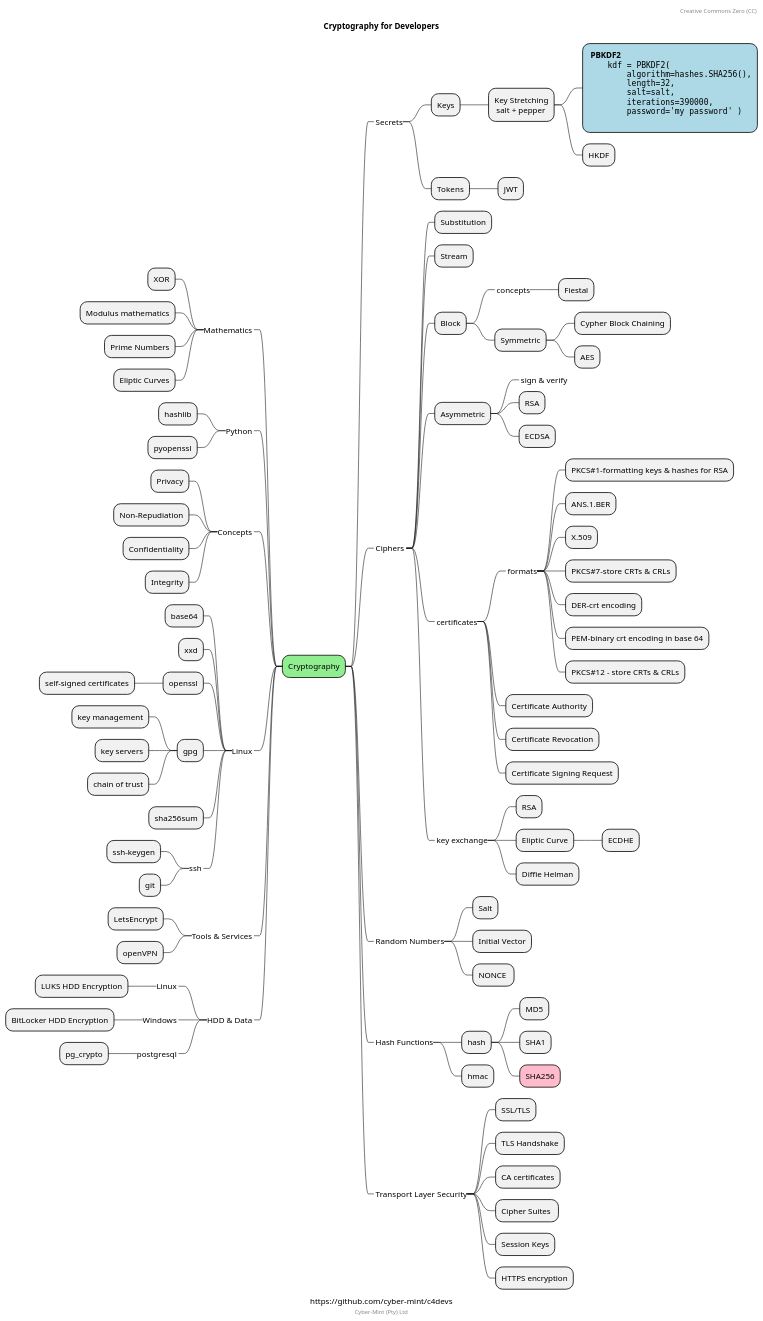
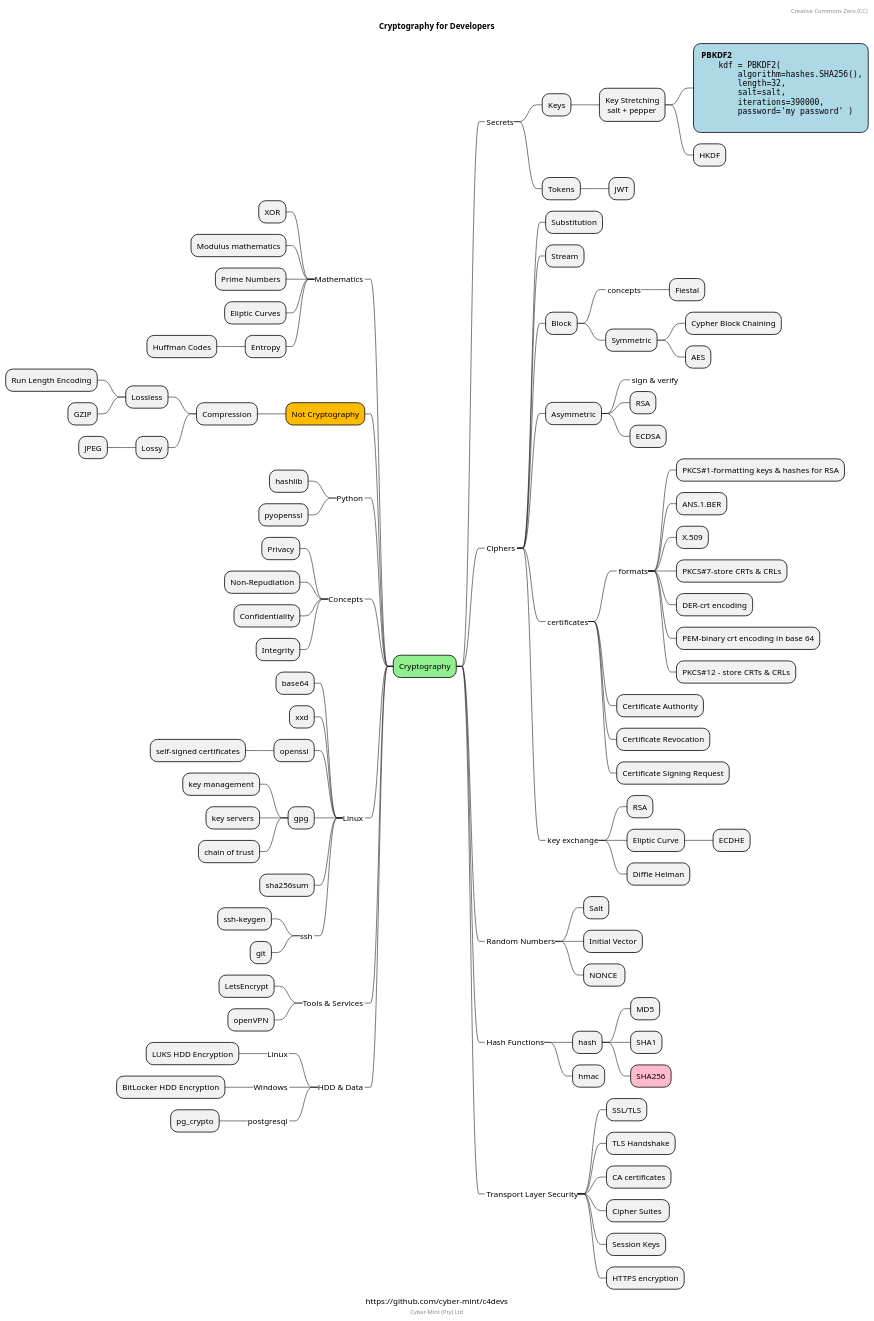
Before and after one commit to Cyber-Mint/c4devs: the diagram in cryptography.puml, drawn with PlantUML. The commit also changed 3 other files, not shown here.

```diff
--- a/cryptography.puml
+++ b/cryptography.puml
@@ -1,132 +1,142 @@
 @startmindmap
 
 caption https://github.com/cyber-mint/c4devs
 title Cryptography for Developers
 
 *[#lightgreen] Cryptography
 
  *_ Secrets
   * Keys
 ****:Key Stretching
  salt + pepper;
 
 *****[#lightblue]: **PBKDF2**
 <code>
     kdf = PBKDF2(
         algorithm=hashes.SHA256(),
         length=32,
         salt=salt,
         iterations=390000,
         password='my password' )
 </code>
 ;
     * HKDF
   * Tokens
    * JWT
 
  *_ Ciphers <<rose>>
   * Substitution
   * Stream
   * Block
    *_ concepts
     * Fiestal
    * Symmetric
     * Cypher Block Chaining
     * AES
   * Asymmetric
    *_ sign & verify
    * RSA
    * ECDSA
   *_ certificates
    *_ formats
     * PKCS#1-formatting keys & hashes for RSA
     * ANS.1.BER
     * X.509
     * PKCS#7-store CRTs & CRLs
     * DER-crt encoding
     * PEM-binary crt encoding in base 64
     * PKCS#12 - store CRTs & CRLs
    * Certificate Authority
    * Certificate Revocation
    * Certificate Signing Request
   *_ key exchange
    * RSA
    * Eliptic Curve
     * ECDHE
    * Diffie Helman
 
  *_ Random Numbers
   * Salt
   * Initial Vector
   * NONCE 
  *_ Hash Functions
   * hash
    * MD5
    * SHA1
    *[#FFBBCC] SHA256
   * hmac
  *_ Transport Layer Security
   * SSL/TLS
   * TLS Handshake
   * CA certificates
   * Cipher Suites 
   * Session Keys
   * HTTPS encryption
 
 left side
 
 --_ Mathematics
   * XOR
   * Modulus mathematics
   * Prime Numbers
   * Eliptic Curves
+  * Entropy
+   * Huffman Codes
+
+--[#FFBB00] Not Cryptography
+  * Compression
+   * Lossless
+    * Run Length Encoding
+    * GZIP
+   * Lossy
+    * JPEG
 
 --_ Python
   * hashlib
   * pyopenssl
 
 --_ Concepts
   * Privacy
   * Non-Repudiation
   * Confidentiality
   * Integrity
 
 
 --_ Linux
   * base64
   * xxd
   * openssl
    * self-signed certificates
   * gpg
    * key management
    * key servers
    * chain of trust
   * sha256sum
   *_ ssh
    * ssh-keygen
    * git
 
 --_ Tools & Services
   * LetsEncrypt
   * openVPN
 
 --_ HDD & Data
   *_ Linux
    * LUKS HDD Encryption
   *_ Windows
    * BitLocker HDD Encryption
   *_ postgresql
    * pg_crypto
 
 header
  Creative Commons Zero (CC)
 endheader
 
 center footer Cyber-Mint (Pty) Ltd
 
 ' legend right
 '   Short
 '   legend
 ' endlegend
 
 @endmindmap
```
